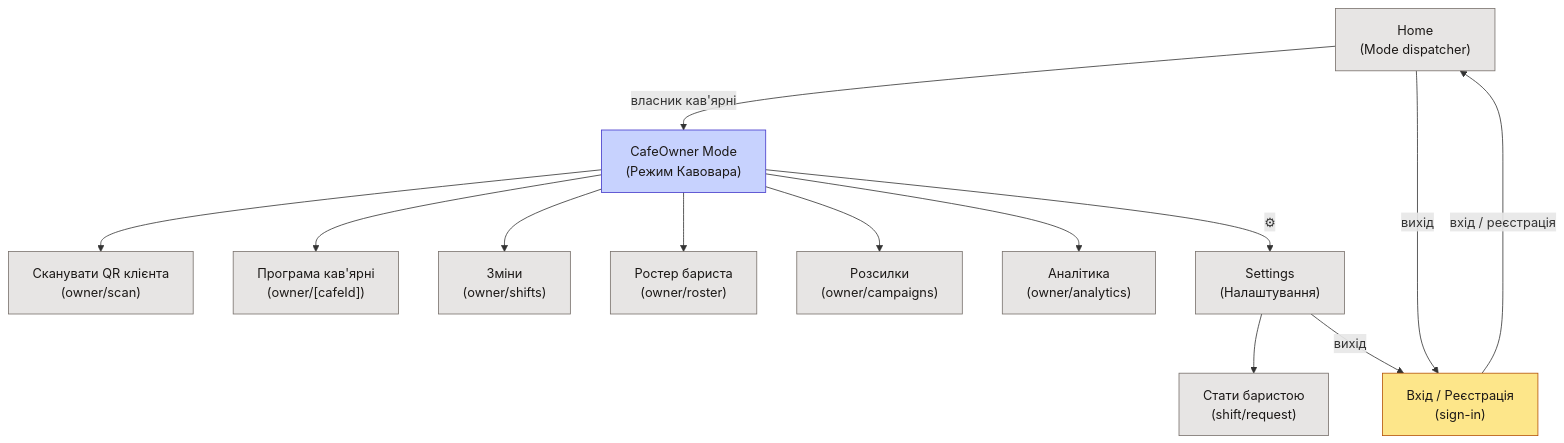
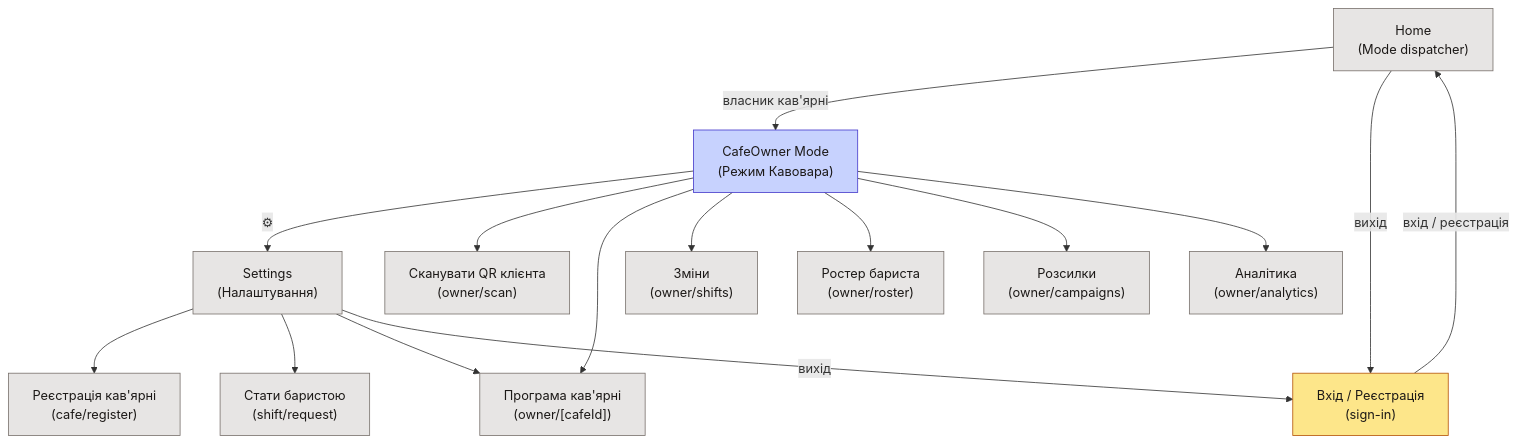
One commit to git-sparrow/kavtsya changed the second of 4 diagrams in docs/flows/maps.md. Above: the diagram before and after it, drawn with Mermaid. The commit also changed other lines of this file and 16 other files, not shown here.

````diff
--- a/docs/flows/maps.md
+++ b/docs/flows/maps.md
@@ -33,29 +37,32 @@
 ```mermaid
 flowchart TD
+  cafe_register["Реєстрація кав'ярні<br/>(cafe/register)"]:::screen
   root["Home<br/>(Mode dispatcher)"]:::screen
   owner_cafeId["Програма кав'ярні<br/>(owner/[cafeId])"]:::screen
   owner_analytics["Аналітика<br/>(owner/analytics)"]:::screen
   owner_campaigns["Розсилки<br/>(owner/campaigns)"]:::screen
   owner_roster["Ростер бариста<br/>(owner/roster)"]:::screen
   owner_scan["Сканувати QR клієнта<br/>(owner/scan)"]:::screen
   owner_shifts["Зміни<br/>(owner/shifts)"]:::screen
   settings["Settings<br/>(Налаштування)"]:::screen
   shift_request["Стати баристою<br/>(shift/request)"]:::screen
   signin["Вхід / Реєстрація<br/>(sign-in)"]:::auth
   owner["CafeOwner Mode<br/>(Режим Кавовара)"]:::mode
   signin -- "вхід / реєстрація" --> root
   root -- "власник кав'ярні" --> owner
   root -- "вихід" --> signin
+  settings --> cafe_register
   settings --> shift_request
+  settings --> owner_cafeId
   settings -- "вихід" --> signin
+  owner -- "⚙" --> settings
   owner --> owner_scan
   owner --> owner_cafeId
   owner --> owner_shifts
   owner --> owner_roster
   owner --> owner_campaigns
   owner --> owner_analytics
-  owner -- "⚙" --> settings
   classDef auth fill:#fde68a,stroke:#b45309,color:#1c1917;
   classDef mode fill:#c7d2fe,stroke:#4338ca,color:#1c1917;
   classDef screen fill:#e7e5e4,stroke:#78716c,color:#1c1917;
 ```
````
